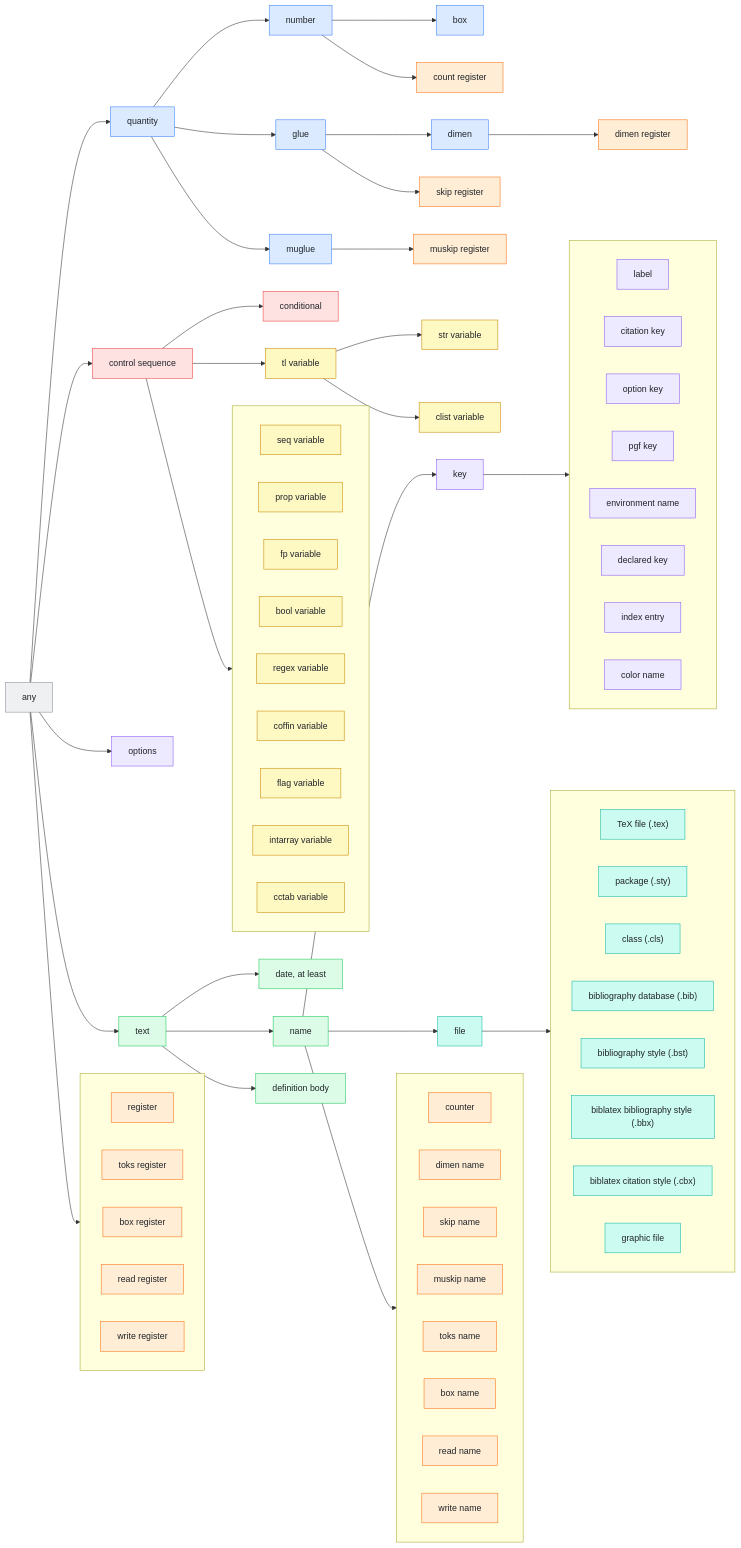
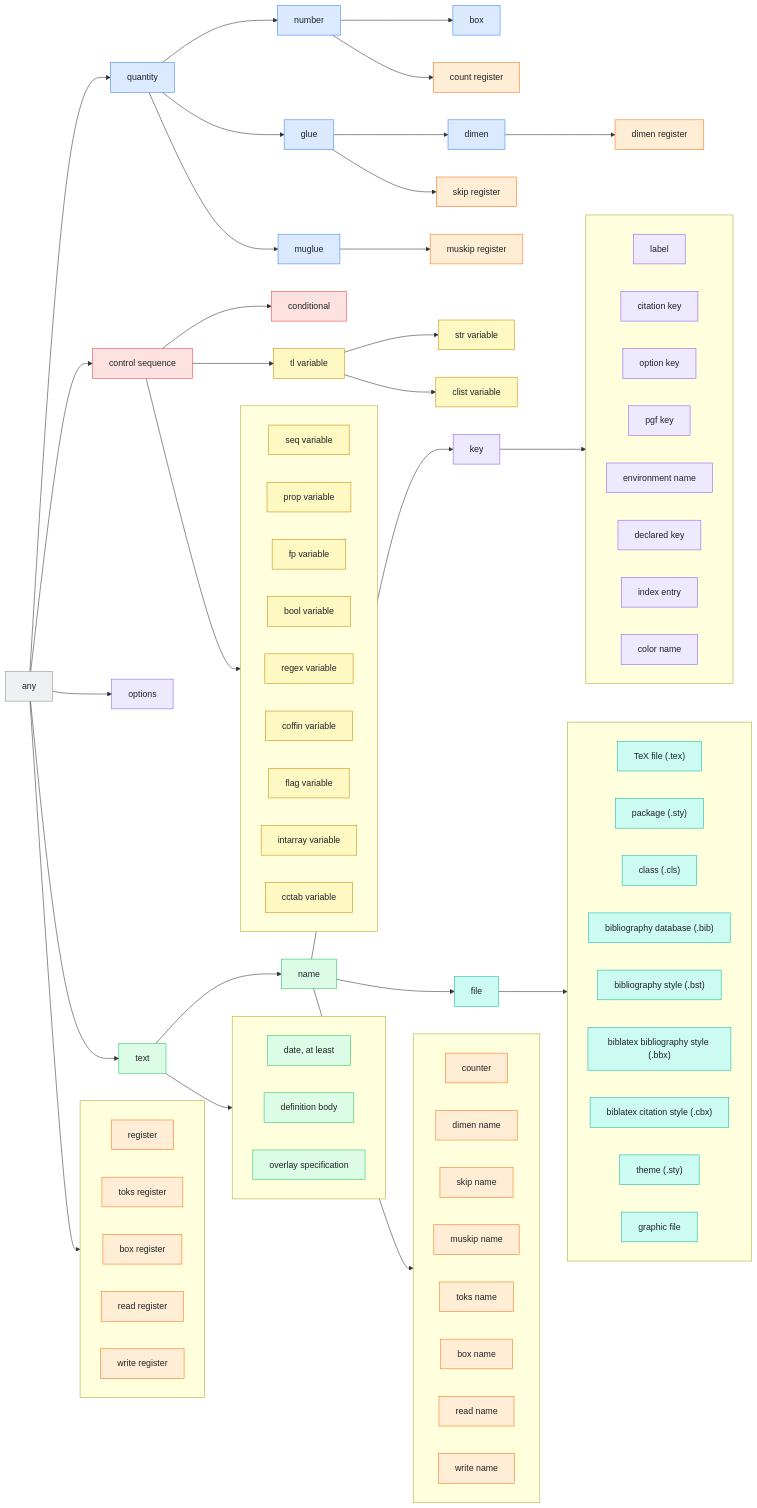
Before and after one commit to EagleoutIce/satex-analyzer: the diagram in doc/wiki/domains.md, drawn with Mermaid. The commit also changed other lines of this file and 20 other files, not shown here.

```diff
--- a/doc/wiki/domains.md
+++ b/doc/wiki/domains.md
@@ -276,64 +276,65 @@
   t12["text"]:::text
   t13["name"]:::text
   t14["definition body"]:::text
-  t15["tl variable"]:::expl3
-  t16["str variable"]:::expl3
-  t17["clist variable"]:::expl3
-  t18["seq variable"]:::expl3
-  t19["prop variable"]:::expl3
-  t20["fp variable"]:::expl3
-  t21["bool variable"]:::expl3
-  t22["regex variable"]:::expl3
-  t23["coffin variable"]:::expl3
-  t24["flag variable"]:::expl3
-  t25["intarray variable"]:::expl3
-  t26["cctab variable"]:::expl3
-  t27["count register"]:::register
-  t28["dimen register"]:::register
-  t29["skip register"]:::register
-  t30["muskip register"]:::register
-  t31["toks register"]:::register
-  t32["box register"]:::register
-  t33["read register"]:::register
-  t34["write register"]:::register
-  t35["counter"]:::register
-  t36["dimen name"]:::register
-  t37["skip name"]:::register
-  t38["muskip name"]:::register
-  t39["toks name"]:::register
-  t40["box name"]:::register
-  t41["read name"]:::register
-  t42["write name"]:::register
-  t43["key"]:::key
-  t44["label"]:::key
-  t45["citation key"]:::key
-  t46["option key"]:::key
-  t47["pgf key"]:::key
-  t48["environment name"]:::key
-  t49["declared key"]:::key
-  t50["index entry"]:::key
-  t51["color name"]:::key
-  t52["file"]:::file
-  t53["TeX file (.tex)"]:::file
-  t54["package (.sty)"]:::file
-  t55["class (.cls)"]:::file
-  t56["bibliography database (.bib)"]:::file
-  t57["bibliography style (.bst)"]:::file
-  t58["biblatex bibliography style (.bbx)"]:::file
-  t59["biblatex citation style (.cbx)"]:::file
-  t60["graphic file"]:::file
+  t15["overlay specification"]:::text
+  t16["tl variable"]:::expl3
+  t17["str variable"]:::expl3
+  t18["clist variable"]:::expl3
+  t19["seq variable"]:::expl3
+  t20["prop variable"]:::expl3
+  t21["fp variable"]:::expl3
+  t22["bool variable"]:::expl3
+  t23["regex variable"]:::expl3
+  t24["coffin variable"]:::expl3
+  t25["flag variable"]:::expl3
+  t26["intarray variable"]:::expl3
+  t27["cctab variable"]:::expl3
+  t28["count register"]:::register
+  t29["dimen register"]:::register
+  t30["skip register"]:::register
+  t31["muskip register"]:::register
+  t32["toks register"]:::register
+  t33["box register"]:::register
+  t34["read register"]:::register
+  t35["write register"]:::register
+  t36["counter"]:::register
+  t37["dimen name"]:::register
+  t38["skip name"]:::register
+  t39["muskip name"]:::register
+  t40["toks name"]:::register
+  t41["box name"]:::register
+  t42["read name"]:::register
+  t43["write name"]:::register
+  t44["key"]:::key
+  t45["label"]:::key
+  t46["citation key"]:::key
+  t47["option key"]:::key
+  t48["pgf key"]:::key
+  t49["environment name"]:::key
+  t50["declared key"]:::key
+  t51["index entry"]:::key
+  t52["color name"]:::key
+  t53["file"]:::file
+  t54["TeX file (.tex)"]:::file
+  t55["package (.sty)"]:::file
+  t56["class (.cls)"]:::file
+  t57["bibliography database (.bib)"]:::file
+  t58["bibliography style (.bst)"]:::file
+  t59["biblatex bibliography style (.bbx)"]:::file
+  t60["biblatex citation style (.cbx)"]:::file
+  t61["theme (.sty)"]:::file
+  t62["graphic file"]:::file
   subgraph g0_register[" "]
     direction LR
     t7
-    t31
     t32
     t33
     t34
+    t35
   end
   t0 --> g0_register
   subgraph g8_expl3[" "]
     direction LR
-    t18
     t19
     t20
     t21
@@ -342,11 +343,18 @@
     t24
     t25
     t26
+    t27
   end
   t8 --> g8_expl3
+  subgraph g12_text[" "]
+    direction LR
+    t11
+    t14
+    t15
+  end
+  t12 --> g12_text
   subgraph g13_register[" "]
     direction LR
-    t35
     t36
     t37
     t38
@@ -354,11 +362,11 @@
     t40
     t41
     t42
+    t43
   end
   t13 --> g13_register
-  subgraph g43_key[" "]
+  subgraph g44_key[" "]
     direction LR
-    t44
     t45
     t46
     t47
@@ -366,11 +374,11 @@
     t49
     t50
     t51
+    t52
   end
-  t43 --> g43_key
-  subgraph g52_file[" "]
+  t44 --> g44_key
+  subgraph g53_file[" "]
     direction LR
-    t53
     t54
     t55
     t56
@@ -378,8 +386,10 @@
     t58
     t59
     t60
+    t61
+    t62
   end
-  t52 --> g52_file
+  t53 --> g53_file
   t0 --> t1
   t1 --> t2
   t4 --> t3
@@ -389,19 +399,17 @@
   t0 --> t8
   t8 --> t9
   t0 --> t10
-  t12 --> t11
   t0 --> t12
   t12 --> t13
-  t12 --> t14
-  t8 --> t15
-  t15 --> t16
-  t15 --> t17
-  t2 --> t27
-  t3 --> t28
-  t4 --> t29
-  t5 --> t30
-  t13 --> t43
-  t13 --> t52
+  t8 --> t16
+  t16 --> t17
+  t16 --> t18
+  t2 --> t28
+  t3 --> t29
+  t4 --> t30
+  t5 --> t31
+  t13 --> t44
+  t13 --> t53
   classDef top fill:#eef0f2,stroke:#8a8f98,color:#1f2328
   classDef quantity fill:#dbeafe,stroke:#3b82f6,color:#1f2328
   classDef register fill:#ffedd5,stroke:#f97316,color:#1f2328
```
